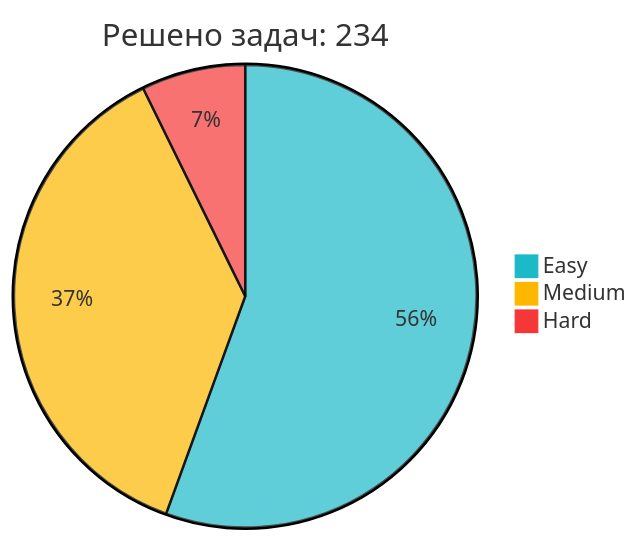
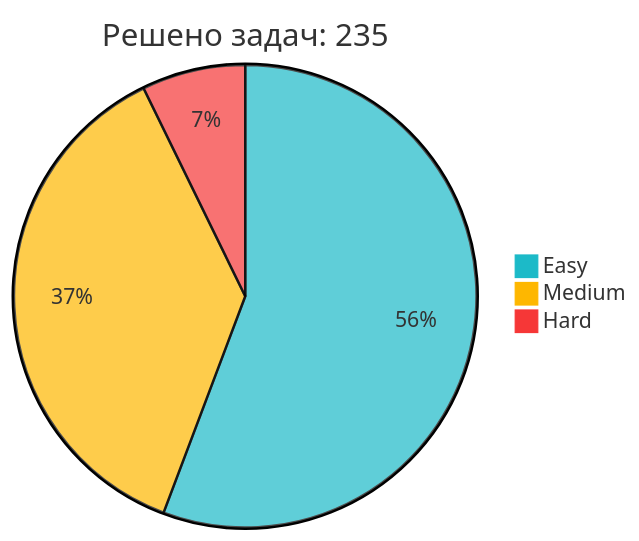
Before and after one commit to IliaKurdukov/IliaKurdukov: the diagram in README.md, drawn with Mermaid. The commit also changed other lines of this file, not shown here.

Commit message:
📈 Обновление статистики LeetCode

````diff
--- a/README.md
+++ b/README.md
@@ -51,7 +51,7 @@
 ```mermaid
 %%{init: {'theme': 'base', 'themeVariables': { 'pie1': '#1CBAC8', 'pie2': '#FEB700', 'pie3': '#F63737' }, 'config': {'width': 300, 'height': 200}}}%%
-pie title Решено задач: 234
-   "Easy" : 130
+pie title Решено задач: 235
+   "Easy" : 131
    "Medium" : 87
    "Hard" : 17
 ```
````
